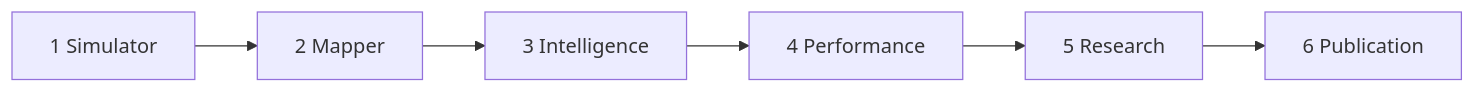
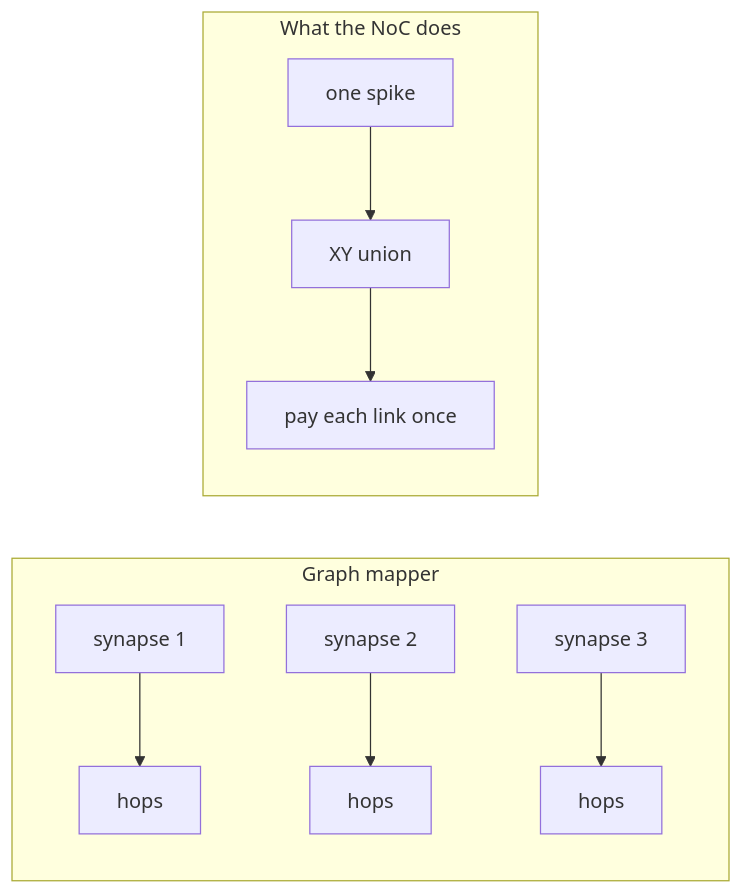
One commit to amineux/HySMap changed the first of 2 diagrams in README.md. Above: the diagram before and after it, drawn with Mermaid. The commit also changed other lines of this file and 10 other files, not shown here.

````diff
--- a/README.md
+++ b/README.md
@@ -36,8 +56,12 @@
 ```mermaid
 flowchart LR
-  P1[1 Simulator] --> P2[2 Mapper]
-  P2 --> P3[3 Intelligence]
-  P3 --> P4[4 Performance]
-  P4 --> P5[5 Research]
-  P5 --> P6[6 Publication]
+  subgraph lie [Graph mapper]
+    E1[synapse 1] --> H1[hops]
+    E2[synapse 2] --> H2[hops]
+    E3[synapse 3] --> H3[hops]
+  end
+  subgraph chip [What the NoC does]
+    SPK[one spike] --> UNI[XY union]
+    UNI --> PAY[pay each link once]
+  end
 ```
````
